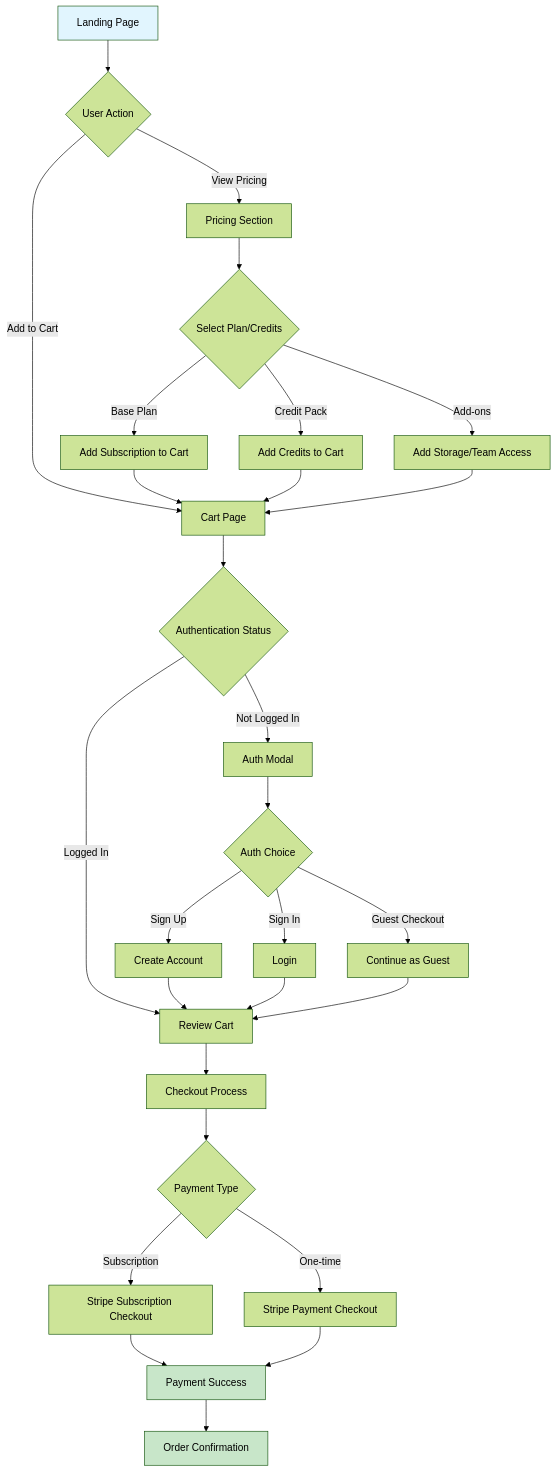
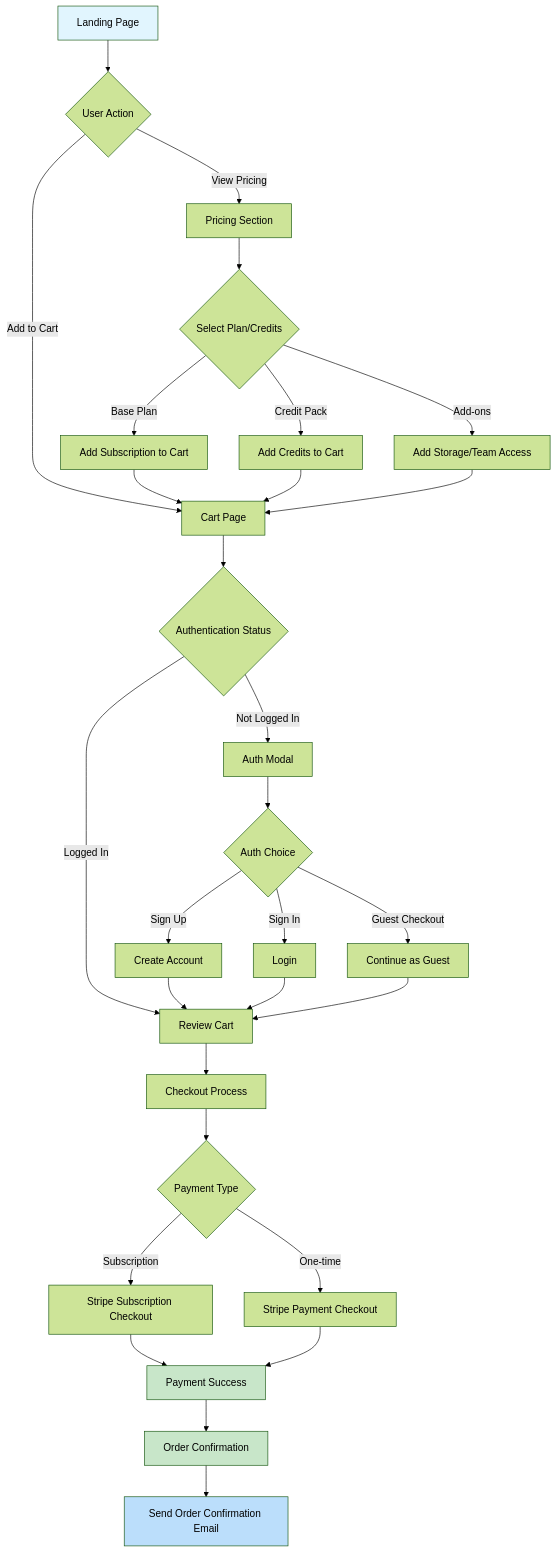
The first of 12 diagrams in FLOW_DIAGRAMS.md (vmidhun/kapiree-pricing-plans), drawn with Mermaid (forest theme) before and after one commit. The commit also changed other lines of this file and 32 other files, not shown here.

````diff
--- a/FLOW_DIAGRAMS.md
+++ b/FLOW_DIAGRAMS.md
@@ -9,42 +9,44 @@
 ```mermaid
 graph TD
     A[Landing Page] --> B{User Action}
     B -->|View Pricing| C[Pricing Section]
     B -->|Add to Cart| D[Cart Page]
     
     C --> E{Select Plan/Credits}
     E -->|Base Plan| F[Add Subscription to Cart]
     E -->|Credit Pack| G[Add Credits to Cart]
     E -->|Add-ons| H[Add Storage/Team Access]
     
     F --> D
     G --> D
     H --> D
     
     D --> I{Authentication Status}
     I -->|Not Logged In| J[Auth Modal]
     I -->|Logged In| K[Review Cart]
     
     J --> L{Auth Choice}
     L -->|Sign Up| M[Create Account]
     L -->|Sign In| N[Login]
     L -->|Guest Checkout| O[Continue as Guest]
     
     M --> K
     N --> K
     O --> K
     
     K --> P[Checkout Process]
     P --> Q{Payment Type}
     
     Q -->|Subscription| R[Stripe Subscription Checkout]
     Q -->|One-time| S[Stripe Payment Checkout]
     
     R --> T[Payment Success]
     S --> T
     T --> U[Order Confirmation]
+    U --> V[Send Order Confirmation Email]
     
     style A fill:#e1f5fe
     style T fill:#c8e6c9
     style U fill:#c8e6c9
+    style V fill:#bbdefb
 ```
````
